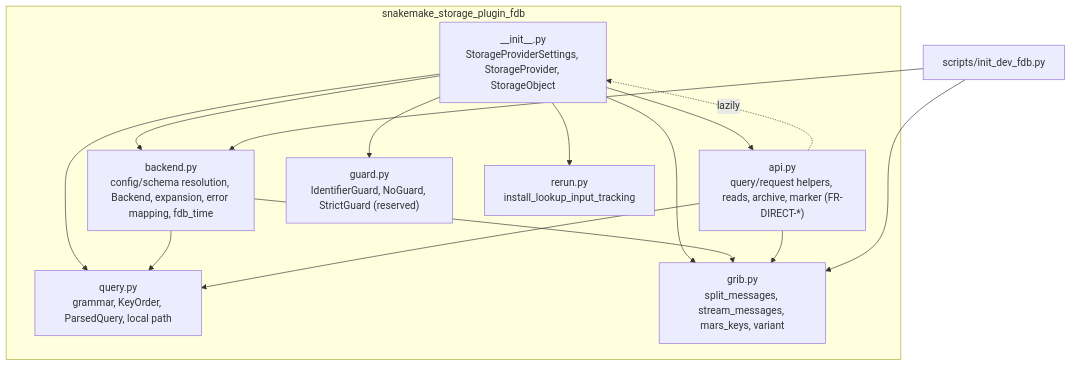
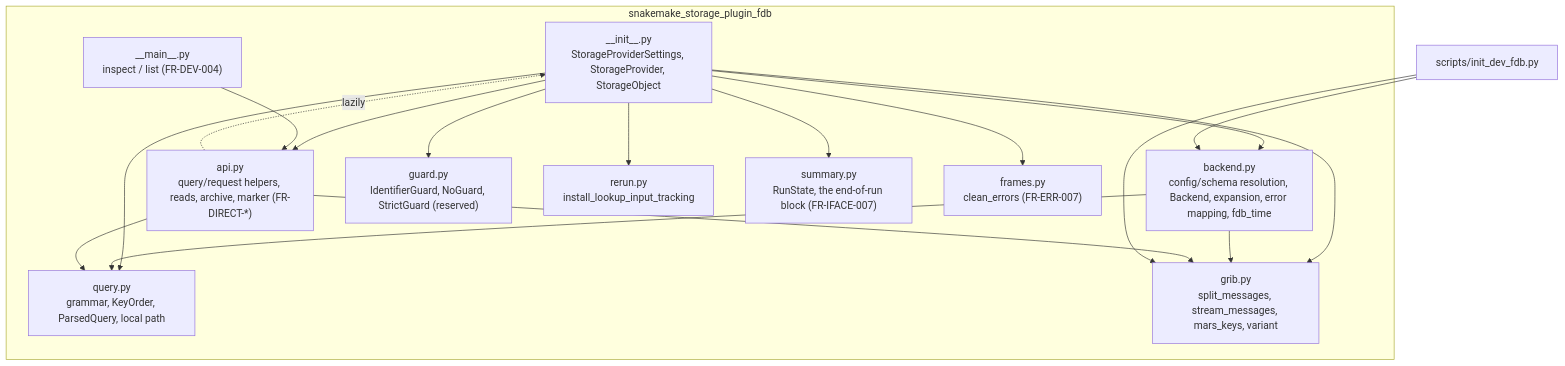
One commit to MeteoSwiss/snakemake-storage-plugin-fdb changed the second of 4 diagrams in docs/design/architecture.md. Above: the diagram before and after it, drawn with Mermaid. The commit also changed other lines of this file and 22 other files, not shown here.

First line of the commit message:
feat: say what a run does in FDB, fail early without a configuration, inspect CLI

````diff
--- a/docs/design/architecture.md
+++ b/docs/design/architecture.md
@@ -101,25 +101,31 @@
 ```mermaid
 flowchart TB
     subgraph package [snakemake_storage_plugin_fdb]
         init["__init__.py<br/>StorageProviderSettings, StorageProvider, StorageObject"]
         query["query.py<br/>grammar, KeyOrder, ParsedQuery, local path"]
         backend["backend.py<br/>config/schema resolution, Backend, expansion, error mapping, fdb_time"]
         grib["grib.py<br/>split_messages, stream_messages, mars_keys, variant"]
         apimod["api.py<br/>query/request helpers, reads, archive, marker (FR-DIRECT-*)"]
         guard["guard.py<br/>IdentifierGuard, NoGuard, StrictGuard (reserved)"]
         rerun["rerun.py<br/>install_lookup_input_tracking"]
+        summary["summary.py<br/>RunState, the end-of-run block (FR-IFACE-007)"]
+        framesmod["frames.py<br/>clean_errors (FR-ERR-007)"]
+        main["__main__.py<br/>inspect / list (FR-DEV-004)"]
     end
     init --> apimod
     init --> query
     init --> backend
     init --> grib
     init --> guard
     init --> rerun
+    init --> summary
+    init --> framesmod
+    main --> apimod
     backend --> query
     backend --> grib
     apimod --> query
     apimod --> grib
     apimod -. lazily .-> init
     scripts["scripts/init_dev_fdb.py"] --> backend
     scripts --> grib
 ```
````
